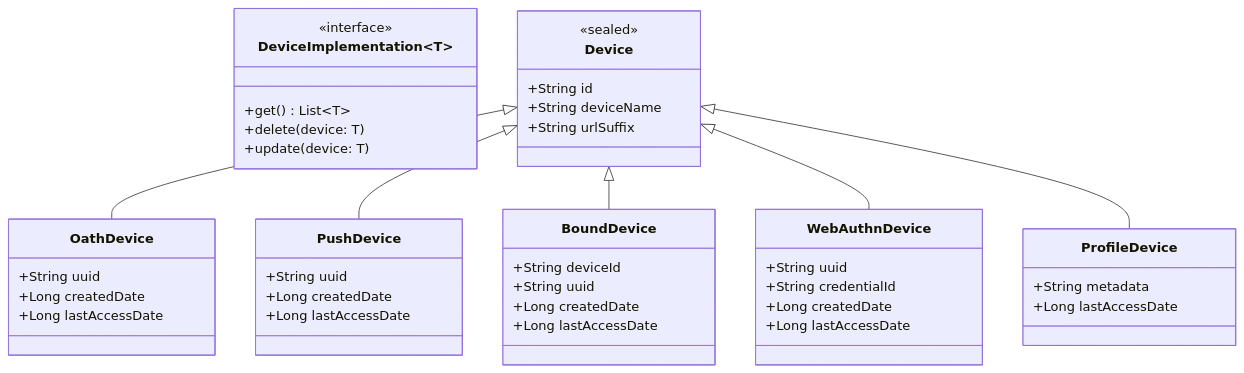
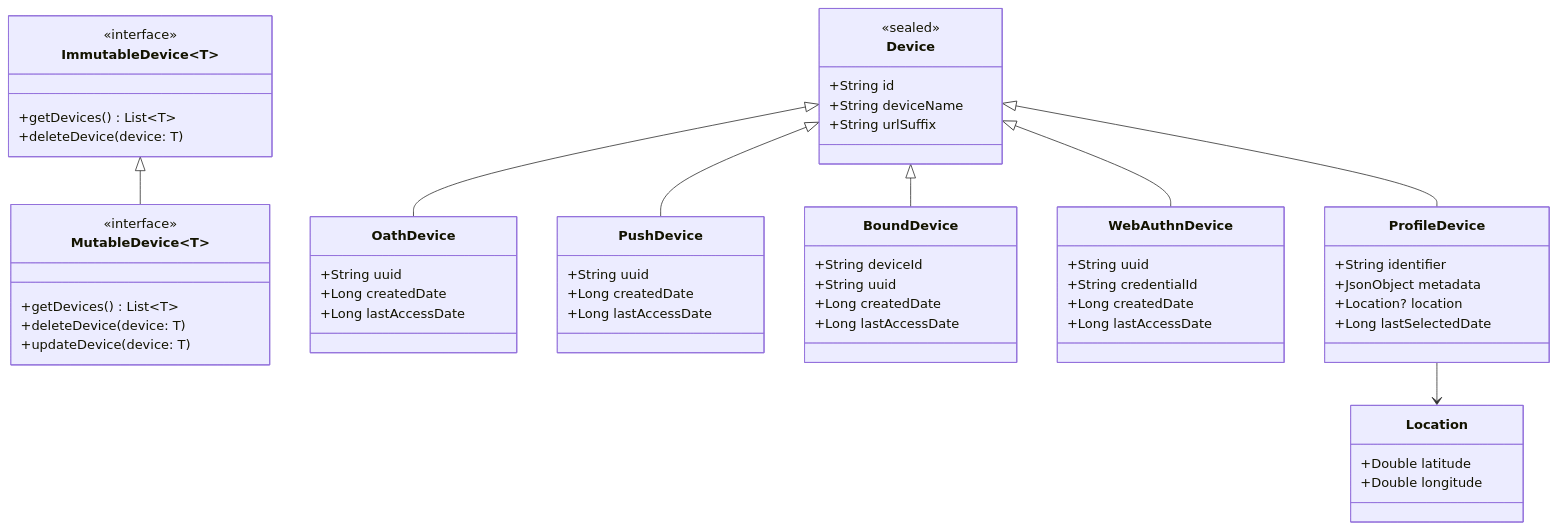
Before and after one commit to ForgeRock/ping-android-sdk: the first of 4 diagrams in foundation/device/device-client/CONCEPT.md, drawn with Mermaid. The commit also changed other lines of this file and 1 other file, not shown here.

First line of the commit message:
Refactor: Introduce Immutable and Mutable device interfaces

````diff
--- a/foundation/device/device-client/CONCEPT.md
+++ b/foundation/device/device-client/CONCEPT.md
@@ -42,53 +60,68 @@
 ```mermaid
 classDiagram
-    class DeviceImplementation~T~ {
+    class ImmutableDevice~T~ {
         <<interface>>
-        +get() List~T~
-        +delete(device: T)
-        +update(device: T)
+        +getDevices() List~T~
+        +deleteDevice(device: T)
+    }
+    
+    class MutableDevice~T~ {
+        <<interface>>
+        +getDevices() List~T~
+        +deleteDevice(device: T)
+        +updateDevice(device: T)
     }
     
     class Device {
         <<sealed>>
         +String id
         +String deviceName
         +String urlSuffix
     }
     
     class OathDevice {
         +String uuid
         +Long createdDate
         +Long lastAccessDate
     }
     
     class PushDevice {
         +String uuid
         +Long createdDate
         +Long lastAccessDate
     }
     
     class BoundDevice {
         +String deviceId
         +String uuid
         +Long createdDate
         +Long lastAccessDate
     }
     
     class WebAuthnDevice {
         +String uuid
         +String credentialId
         +Long createdDate
         +Long lastAccessDate
     }
     
     class ProfileDevice {
-        +String metadata
-        +Long lastAccessDate
+        +String identifier
+        +JsonObject metadata
+        +Location? location
+        +Long lastSelectedDate
     }
     
+    class Location {
+        +Double latitude
+        +Double longitude
+    }
+    
+    ImmutableDevice <|-- MutableDevice
     Device <|-- OathDevice
     Device <|-- PushDevice
     Device <|-- BoundDevice
     Device <|-- WebAuthnDevice
     Device <|-- ProfileDevice
+    ProfileDevice --> Location
 ```
````
